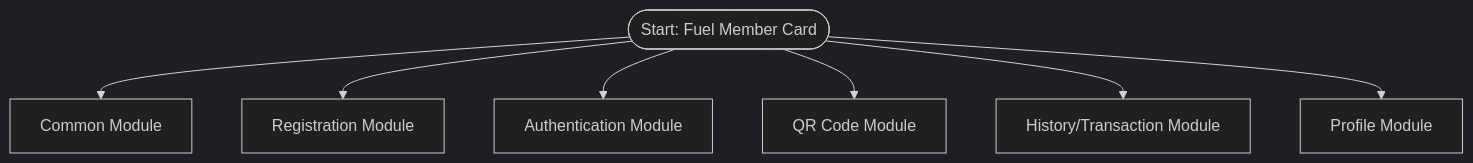
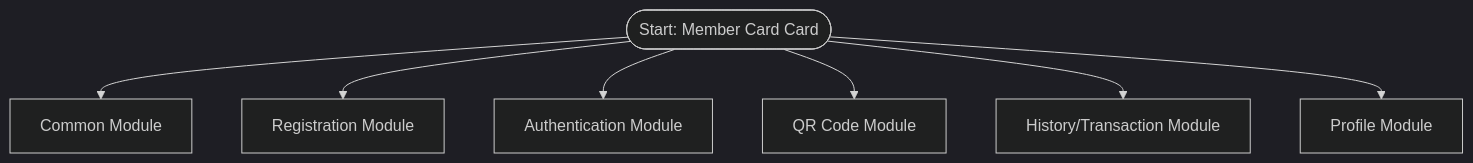
Before and after one commit to phurachan/member-card: the first of 7 diagrams in mobile_flowchart.md, drawn with Mermaid (dark theme). The commit also changed other lines of this file and 3 other files, not shown here.

````diff
--- a/mobile_flowchart.md
+++ b/mobile_flowchart.md
@@ -15,9 +15,9 @@
 ```mermaid
 graph TD
-    START([Start: Fuel Member Card]) --> COMMON[Common Module]
+    START([Start: Member Card Card]) --> COMMON[Common Module]
     START --> REG[Registration Module]
     START --> AUTH[Authentication Module]
     START --> QR[QR Code Module]
     START --> HIST[History/Transaction Module]
     START --> PROF[Profile Module]
 ```
````
